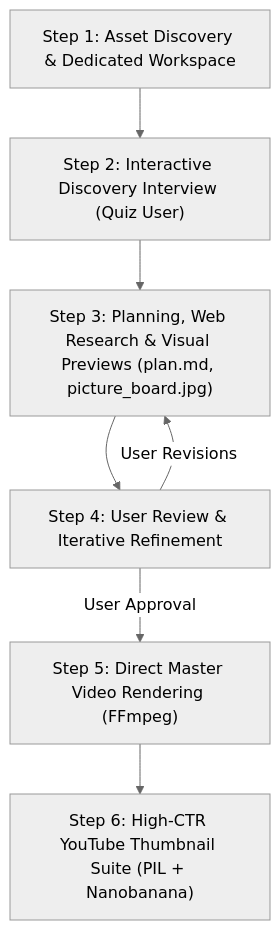
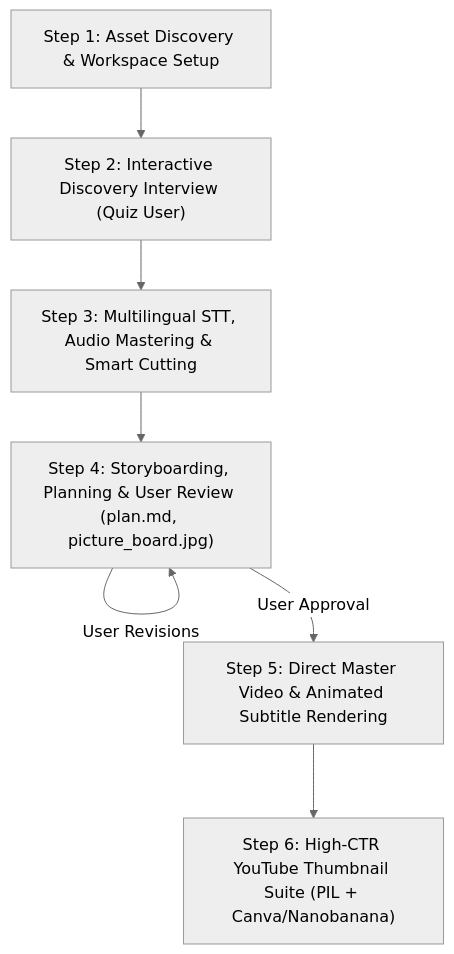
Before and after one commit to dev13-31/skill-video-editor: the diagram in README.md, drawn with Mermaid (neutral theme). The commit also changed other lines of this file and 6 other files, not shown here.

Commit message:
feat: multilingual STT, smart auto-cutting, broadcast audio mastering, and 5 new MCP tools

````diff
--- a/README.md
+++ b/README.md
@@ -25,9 +27,9 @@
 ```mermaid
 flowchart TD
-    S1["Step 1: Asset Discovery & Dedicated Workspace"] --> S2["Step 2: Interactive Discovery Interview (Quiz User)"]
-    S2 --> S3["Step 3: Planning, Web Research & Visual Previews (plan.md, picture_board.jpg)"]
-    S3 --> S4["Step 4: User Review & Iterative Refinement"]
-    S4 -->|User Revisions| S3
-    S4 -->|User Approval| S5["Step 5: Direct Master Video Rendering (FFmpeg)"]
-    S5 --> S6["Step 6: High-CTR YouTube Thumbnail Suite (PIL + Nanobanana)"]
+    S1["Step 1: Asset Discovery & Workspace Setup"] --> S2["Step 2: Interactive Discovery Interview (Quiz User)"]
+    S2 --> S3["Step 3: Multilingual STT, Audio Mastering & Smart Cutting"]
+    S3 --> S4["Step 4: Storyboarding, Planning & User Review (plan.md, picture_board.jpg)"]
+    S4 -->|User Revisions| S4
+    S4 -->|User Approval| S5["Step 5: Direct Master Video & Animated Subtitle Rendering"]
+    S5 --> S6["Step 6: High-CTR YouTube Thumbnail Suite (PIL + Canva/Nanobanana)"]
 ```
````
